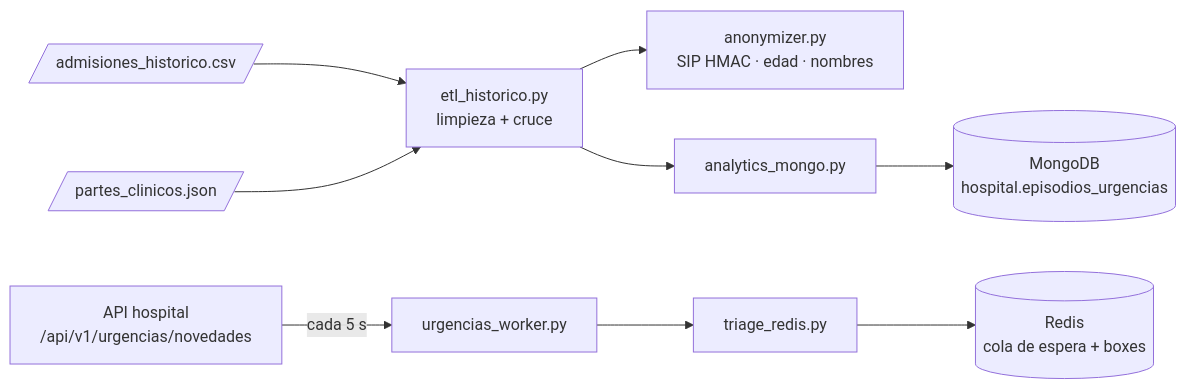
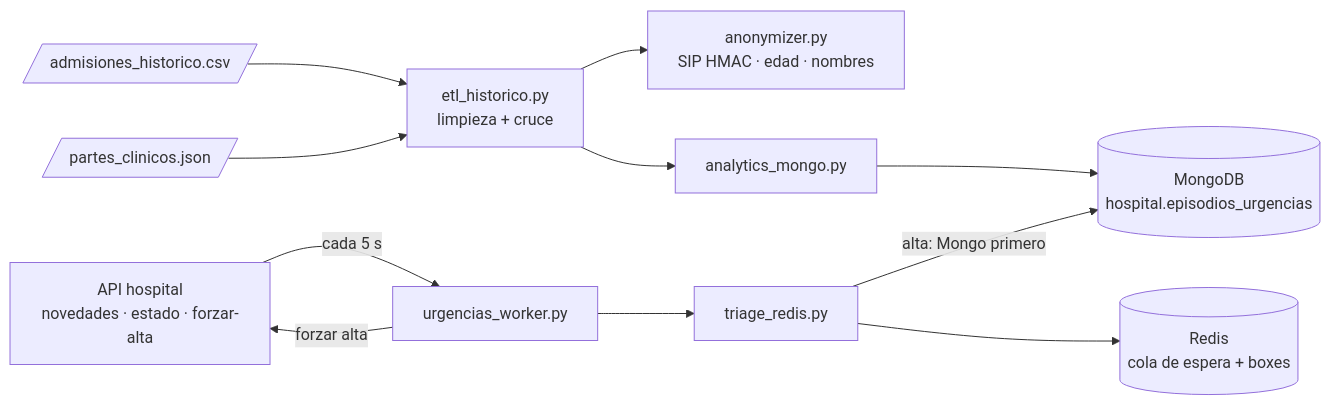
Before and after one commit to Lesterine000/EmergencyTracker: the diagram in README.md, drawn with Mermaid. The commit also changed other lines of this file and 5 other files, not shown here.

````diff
--- a/README.md
+++ b/README.md
@@ -40,12 +44,14 @@
 ```mermaid
 flowchart LR
     CSV[/admisiones_historico.csv/] --> ETL[etl_historico.py<br/>limpieza + cruce]
     JSON[/partes_clinicos.json/] --> ETL
     ETL --> ANON[anonymizer.py<br/>SIP HMAC · edad · nombres]
     ETL --> AN[analytics_mongo.py]
     AN --> MONGO[(MongoDB<br/>hospital.episodios_urgencias)]
 
-    API[API hospital<br/>/api/v1/urgencias/novedades] -->|cada 5 s| W[urgencias_worker.py]
+    API[API hospital<br/>novedades · estado · forzar-alta] -->|cada 5 s| W[urgencias_worker.py]
+    W -->|forzar alta| API
     W --> T[triage_redis.py]
     T --> REDIS[(Redis<br/>cola de espera + boxes)]
+    T -->|alta: Mongo primero| MONGO
 ```
````
